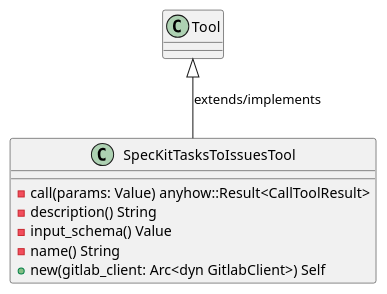
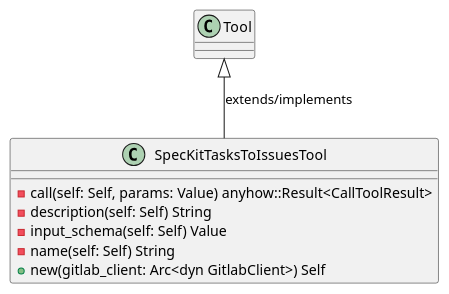
The first of 6 diagrams in openwiki/crates_factory_mcp_server_src_tools_spec_kit_tasks_to_issues.md (lgcorzo/rust_CACD_autonomous_factory), drawn with PlantUML before and after one commit. The commit also changed other lines of this file and 95 other files, not shown here.

````diff
--- a/openwiki/crates_factory_mcp_server_src_tools_spec_kit_tasks_to_issues.md
+++ b/openwiki/crates_factory_mcp_server_src_tools_spec_kit_tasks_to_issues.md
@@ -79,13 +79,13 @@
 ```plantuml
 @startuml
 class SpecKitTasksToIssuesTool {
-    -call(params: Value) anyhow::Result<CallToolResult>
-    -description() String
-    -input_schema() Value
-    -name() String
+    -call(self: Self, params: Value) anyhow::Result<CallToolResult>
+    -description(self: Self) String
+    -input_schema(self: Self) Value
+    -name(self: Self) String
     +new(gitlab_client: Arc<dyn GitlabClient>) Self
 }
 Tool <|-- SpecKitTasksToIssuesTool : extends/implements
 @enduml
 
 ```
````
